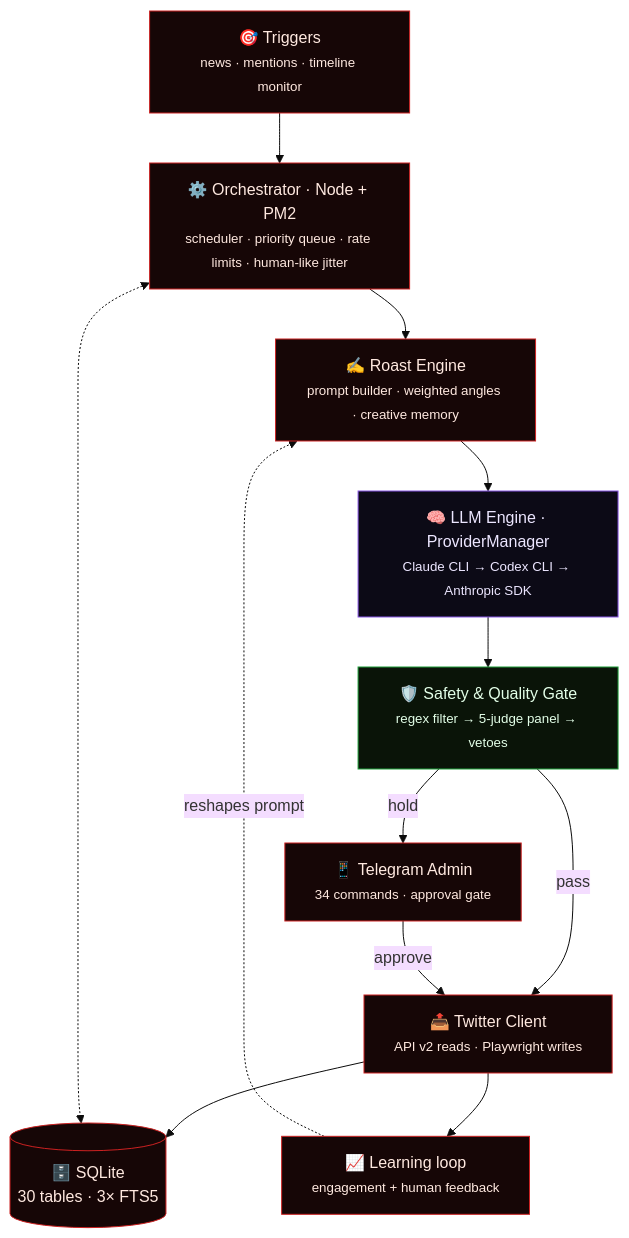
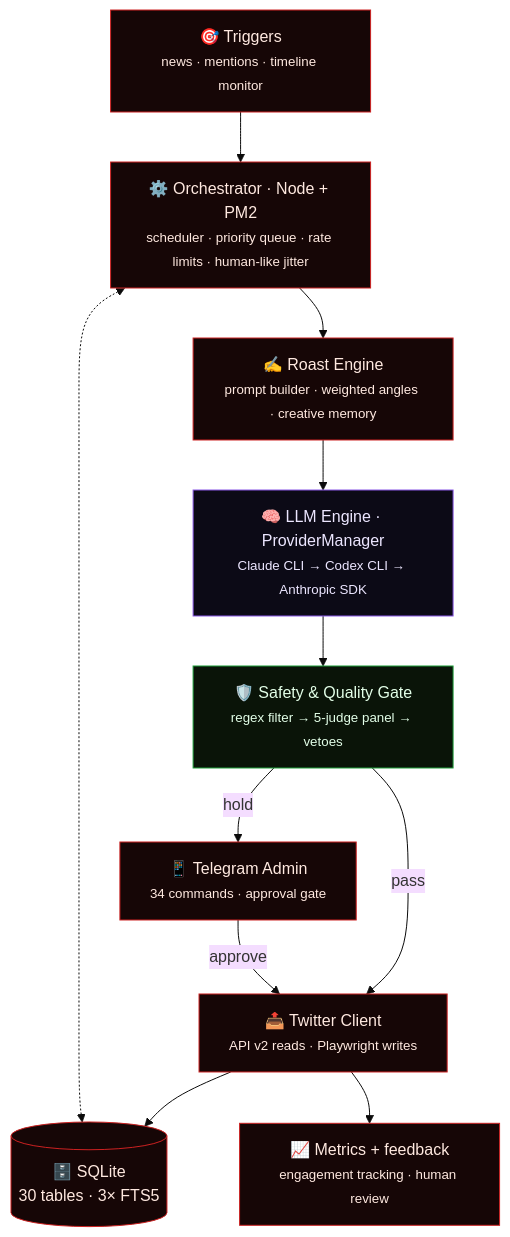
One commit to nikitacometa/twitter-agents changed the first of 3 diagrams in README.md. Above: the diagram before and after it, drawn with Mermaid (base theme). The commit also changed other lines of this file, not shown here.

Commit message:
fix readme test counts and remove stale learning-loop claim

````diff
--- a/README.md
+++ b/README.md
@@ -75,27 +75,26 @@
 ```mermaid
 flowchart TB
     TRIG["🎯 Triggers<br/><small>news · mentions · timeline monitor</small>"]
     ORCH["⚙️ Orchestrator · Node + PM2<br/><small>scheduler · priority queue · rate limits · human-like jitter</small>"]
     ROAST["✍️ Roast Engine<br/><small>prompt builder · weighted angles · creative memory</small>"]
     ENGINE["🧠 LLM Engine · ProviderManager<br/><small>Claude CLI → Codex CLI → Anthropic SDK</small>"]
     GATE["🛡️ Safety & Quality Gate<br/><small>regex filter → 5-judge panel → vetoes</small>"]
     TW["📤 Twitter Client<br/><small>API v2 reads · Playwright writes</small>"]
     TG["📱 Telegram Admin<br/><small>34 commands · approval gate</small>"]
     DB[("🗄️ SQLite<br/>30 tables · 3× FTS5")]
-    LEARN["📈 Learning loop<br/><small>engagement + human feedback</small>"]
+    METRICS["📈 Metrics + feedback<br/><small>engagement tracking · human review</small>"]
 
     TRIG --> ORCH --> ROAST --> ENGINE --> GATE
     GATE -->|pass| TW
     GATE -->|hold| TG -->|approve| TW
     TW --> DB
-    TW --> LEARN
-    LEARN -.->|reshapes prompt| ROAST
+    TW --> METRICS
     ORCH <-.-> DB
 
     classDef node fill:#160606,stroke:#cc2222,color:#ffe9e0
     classDef brain fill:#0c0a16,stroke:#8957e5,color:#ece6ff
     classDef gate fill:#0a1408,stroke:#1f9e3a,color:#e3ffe8
-    class TRIG,ORCH,ROAST,TW,TG,LEARN node
+    class TRIG,ORCH,ROAST,TW,TG,METRICS node
     class ENGINE brain
     class GATE gate
 ```
````
